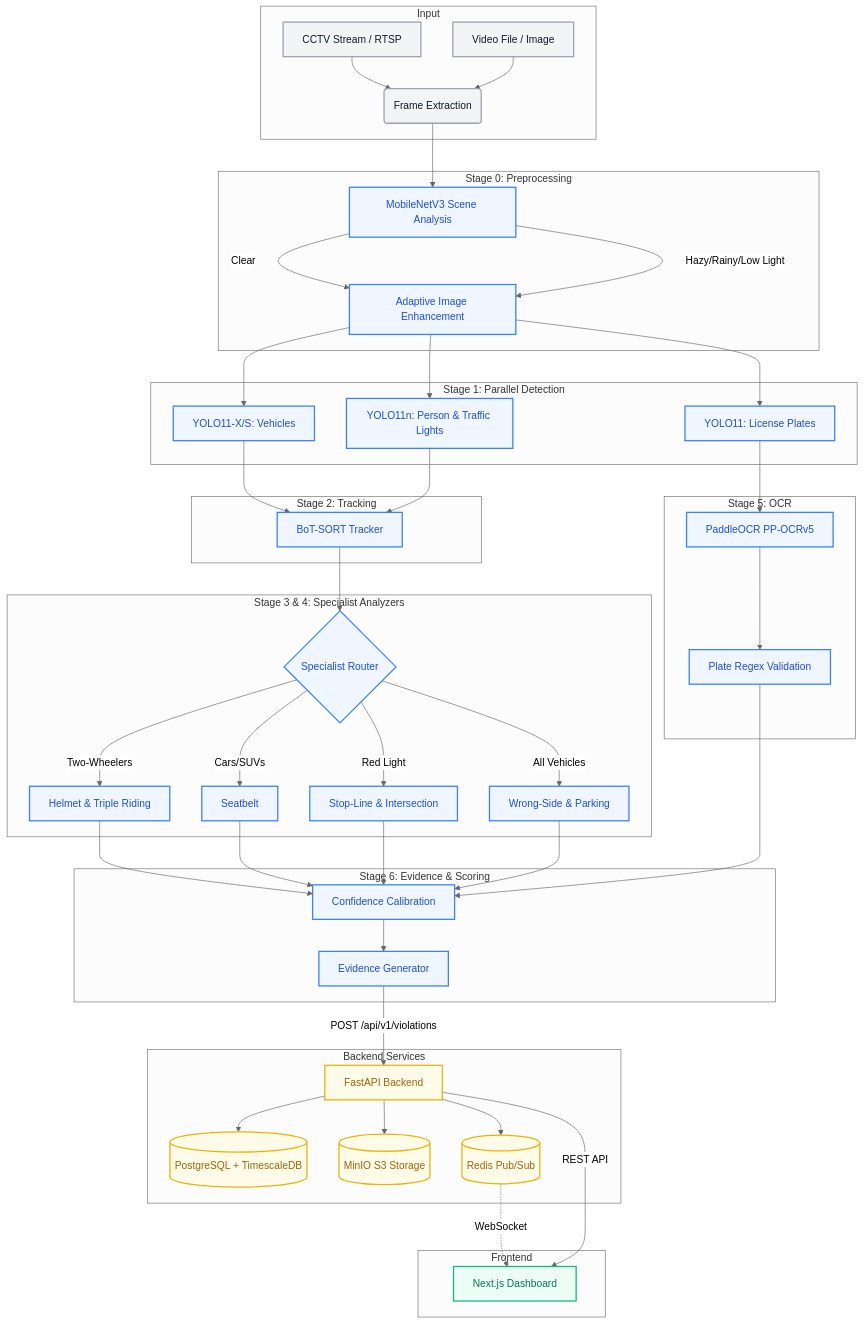
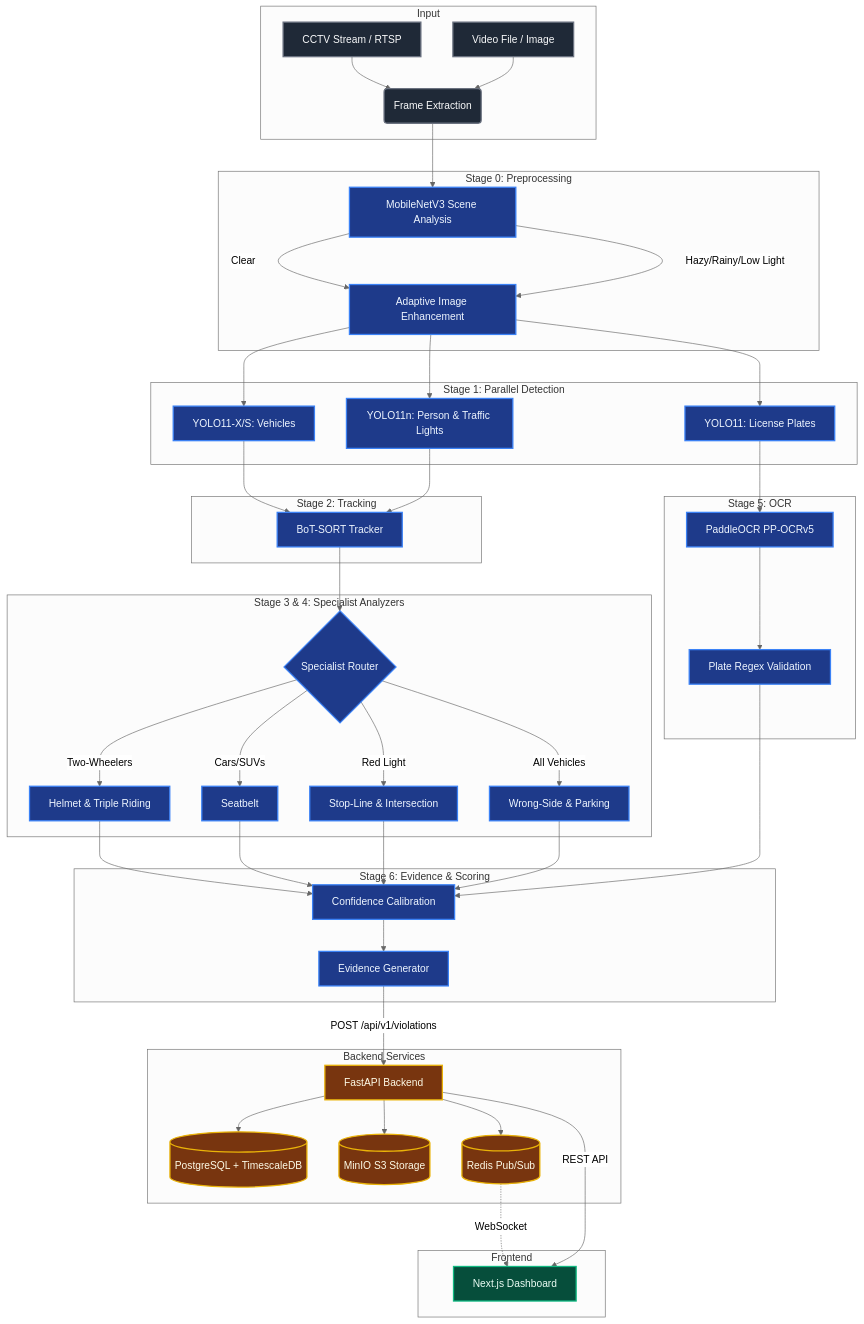
One commit to ayanokojix21/gridlock changed the diagram in README.md. Above: the diagram before and after it, drawn with Mermaid (neutral theme).

Commit message:
docs: update Mermaid graph styling to dark mode

````diff
--- a/README.md
+++ b/README.md
@@ -22,61 +22,61 @@
 ```mermaid
 graph TD
     %% Styling Definitions
-    classDef input fill:#f3f4f6,stroke:#9ca3af,stroke-width:2px,color:#111827;
-    classDef mlStage fill:#eff6ff,stroke:#3b82f6,stroke-width:2px,color:#1d4ed8;
-    classDef backend fill:#fefce8,stroke:#eab308,stroke-width:2px,color:#a16207;
-    classDef frontend fill:#ecfdf5,stroke:#10b981,stroke-width:2px,color:#047857;
+    classDef input fill:#1f2937,stroke:#6b7280,stroke-width:2px,color:#f9fafb;
+    classDef mlStage fill:#1e3a8a,stroke:#3b82f6,stroke-width:2px,color:#eff6ff;
+    classDef backend fill:#78350f,stroke:#eab308,stroke-width:2px,color:#fefce8;
+    classDef frontend fill:#064e3b,stroke:#10b981,stroke-width:2px,color:#ecfdf5;
 
     subgraph Input
         A[CCTV Stream / RTSP]:::input --> B(Frame Extraction):::input
         C[Video File / Image]:::input --> B
     end
 
     subgraph "Stage 0: Preprocessing"
         B --> D[MobileNetV3 Scene Analysis]:::mlStage
         D -->|Clear| E[Pass-through]:::mlStage
         D -->|Hazy/Rainy/Low Light| E[Adaptive Image Enhancement]:::mlStage
     end
 
     subgraph "Stage 1: Parallel Detection"
         E --> F1[YOLO11-X/S: Vehicles]:::mlStage
         E --> F2[YOLO11n: Person & Traffic Lights]:::mlStage
         E --> F3[YOLO11: License Plates]:::mlStage
     end
 
     subgraph "Stage 2: Tracking"
         F1 --> G[BoT-SORT Tracker]:::mlStage
         F2 --> G
     end
 
     subgraph "Stage 3 & 4: Specialist Analyzers"
         G --> H{Specialist Router}:::mlStage
         H -->|Two-Wheelers| I1[Helmet & Triple Riding]:::mlStage
         H -->|Cars/SUVs| I2[Seatbelt]:::mlStage
         H -->|Red Light| I3[Stop-Line & Intersection]:::mlStage
         H -->|All Vehicles| I4[Wrong-Side & Parking]:::mlStage
     end
 
     subgraph "Stage 5: OCR"
         F3 --> J[PaddleOCR PP-OCRv5]:::mlStage
         J --> K[Plate Regex Validation]:::mlStage
     end
 
     subgraph "Stage 6: Evidence & Scoring"
         I1 & I2 & I3 & I4 --> L[Confidence Calibration]:::mlStage
         K --> L
         L --> M[Evidence Generator]:::mlStage
     end
 
     subgraph "Backend Services"
         M -->|POST /api/v1/violations| N[FastAPI Backend]:::backend
         N --> O[(PostgreSQL + TimescaleDB)]:::backend
         N --> P[(MinIO S3 Storage)]:::backend
         N --> Q[(Redis Pub/Sub)]:::backend
     end
 
     subgraph "Frontend"
         Q -.->|WebSocket| R[Next.js Dashboard]:::frontend
         N -->|REST API| R
     end
 ```
````
